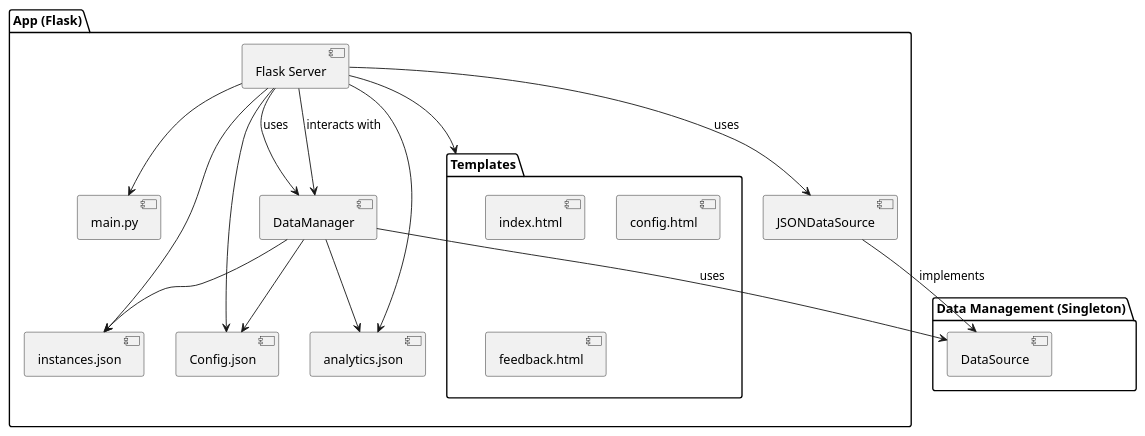
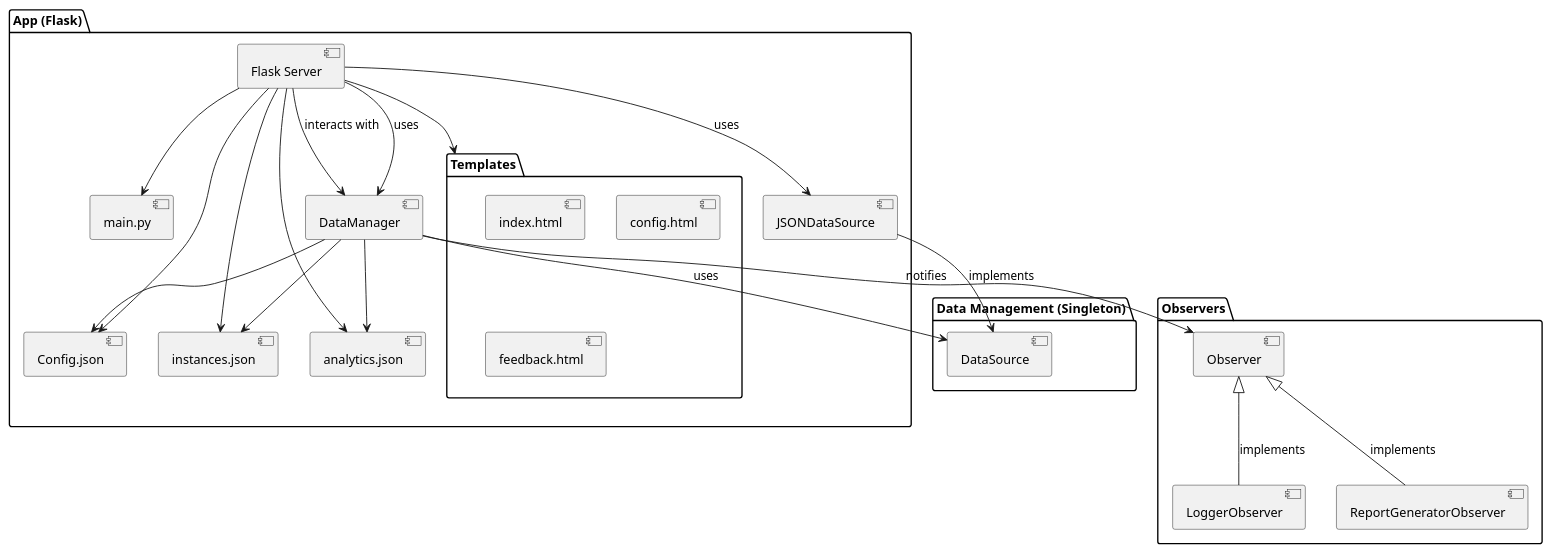
The diagram in Diagrams/componentDiagram.puml (RogerioProgramming/WorkplaceSafety), drawn with PlantUML before and after one commit. The commit also changed 8 other files, not shown here.

```diff
--- a/Diagrams/componentDiagram.puml
+++ b/Diagrams/componentDiagram.puml
@@ -1,29 +1,35 @@
 @startuml
 
 package "App (Flask)" {
   [Flask Server] --> [main.py]
   [Flask Server] --> [Templates]
   [Flask Server] --> [Config.json]
   [Flask Server] --> [DataManager] : uses
   [Flask Server] --> [JSONDataSource] : uses
   [Flask Server] --> [instances.json]
   [Flask Server] --> [analytics.json]
 }
 
 package "Templates" {
   [index.html]
   [config.html]
   [feedback.html]
 }
 
 package "Data Management (Singleton)" {
   [DataManager] --> [DataSource] : uses
   [DataManager] --> [instances.json]
   [DataManager] --> [analytics.json]
   [DataManager] --> [Config.json]
   [JSONDataSource] --> [DataSource] : implements
 }
 
+package "Observers" {
+  [Observer] <|-- [LoggerObserver] : implements
+  [Observer] <|-- [ReportGeneratorObserver] : implements
+  [DataManager] --> [Observer] : notifies
+}
+
 [Flask Server] --> [DataManager] : interacts with
 
 @enduml
```
